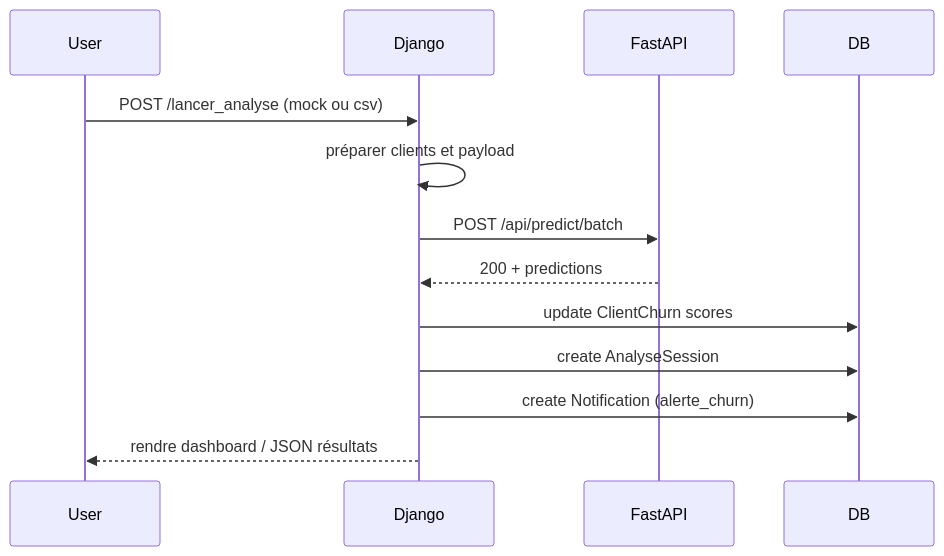
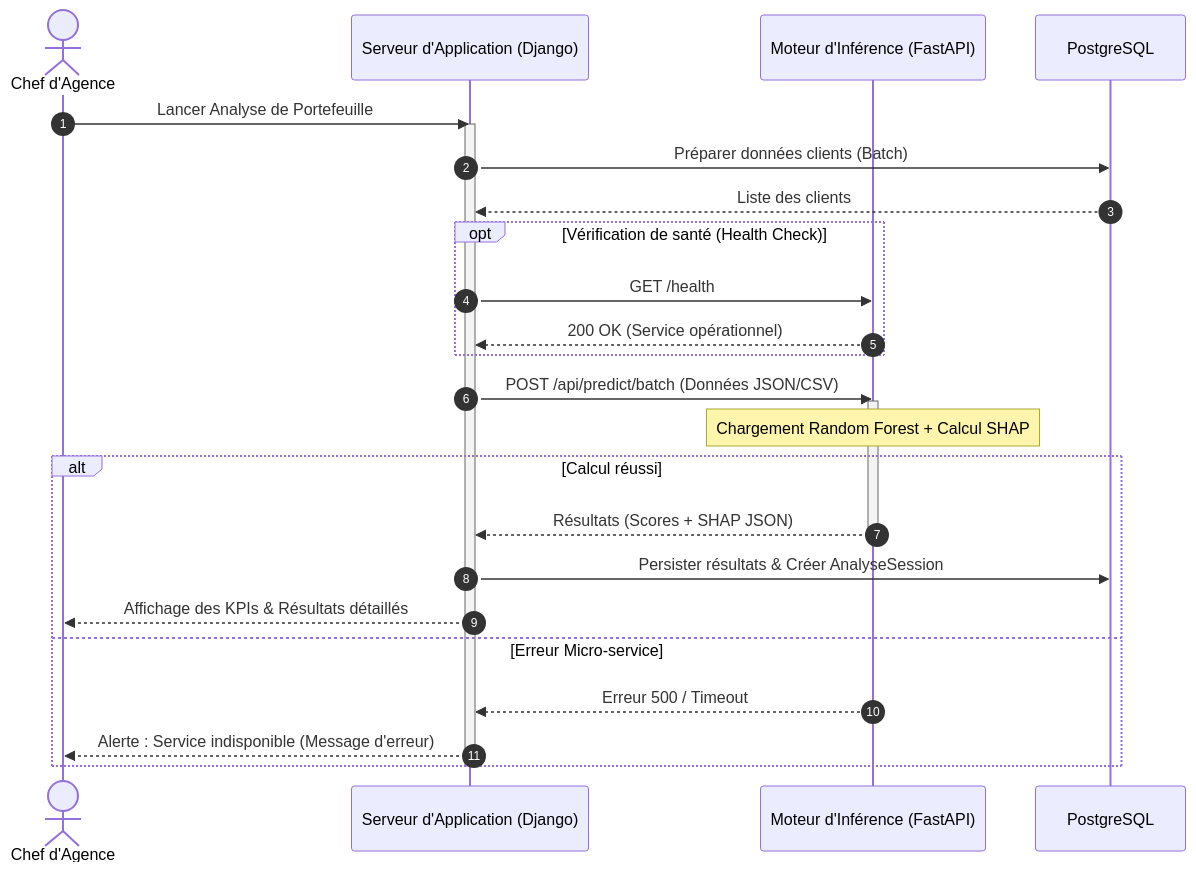
Before and after one commit to emmanuellabiboum/pfe: the sixth of 8 diagrams in digramme.md, drawn with Mermaid. The commit also changed other lines of this file and 28 other files, not shown here.

````diff
--- a/digramme.md
+++ b/digramme.md
@@ -457,16 +333,33 @@
 ```mermaid
 sequenceDiagram
-    participant User
-    participant Django
-    participant FastAPI
-    participant DB
+    autonumber
+    actor Chef as Chef d'Agence
+    participant App as Serveur d'Application (Django)
+    participant ML as Moteur d'Inférence (FastAPI)
+    participant DB as PostgreSQL
 
-    User->>Django: POST /lancer_analyse (mock ou csv)
-    Django->>Django: préparer clients et payload
-    Django->>FastAPI: POST /api/predict/batch
-    FastAPI-->>Django: 200 + predictions
-    Django->>DB: update ClientChurn scores
-    Django->>DB: create AnalyseSession
-    Django->>DB: create Notification (alerte_churn)
-    Django-->>User: rendre dashboard / JSON résultats
+    Chef->>App: Lancer Analyse de Portefeuille
+    activate App
+    App->>DB: Préparer données clients (Batch)
+    DB-->>App: Liste des clients
+
+    opt Vérification de santé (Health Check)
+        App->>ML: GET /health
+        ML-->>App: 200 OK (Service opérationnel)
+    end
+
+    App->>ML: POST /api/predict/batch (Données JSON/CSV)
+    activate ML
+    note over ML: Chargement Random Forest + Calcul SHAP
+    
+    alt Calcul réussi
+        ML-->>App: Résultats (Scores + SHAP JSON)
+        deactivate ML
+        App->>DB: Persister résultats & Créer AnalyseSession
+        App-->>Chef: Affichage des KPIs & Résultats détaillés
+    else Erreur Micro-service
+        ML-->>App: Erreur 500 / Timeout
+        App-->>Chef: Alerte : Service indisponible (Message d'erreur)
+    end
+    deactivate App
 ```
````
